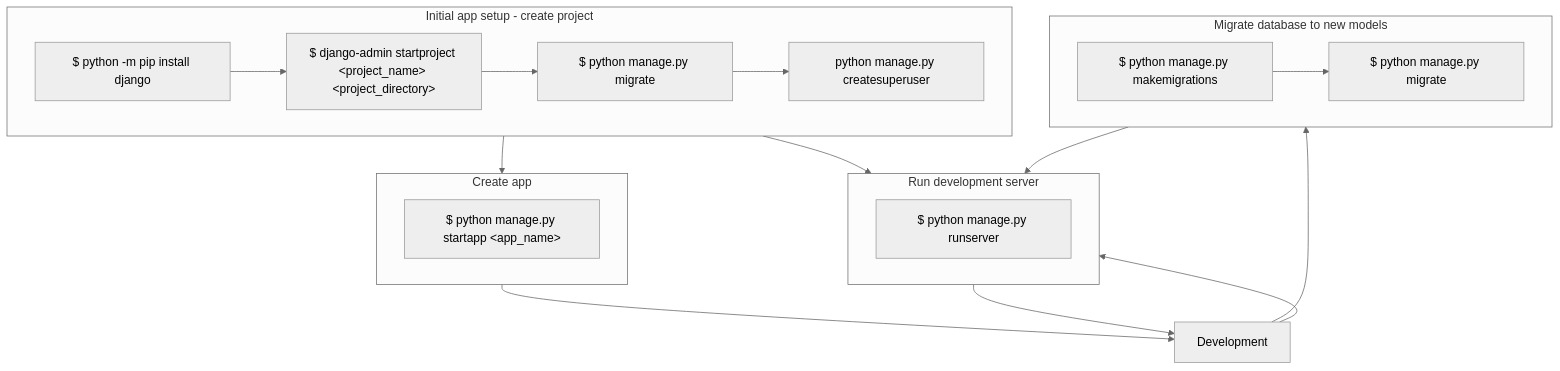
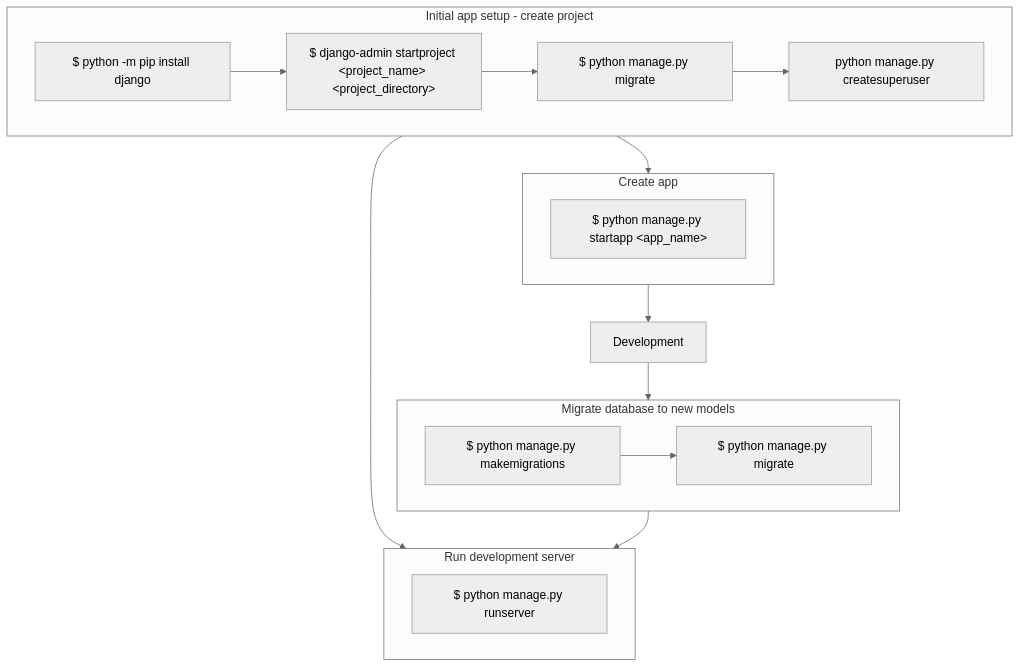
The second of 2 diagrams in README.md (LeskoIam/djangoTutorialProject), drawn with Mermaid (neutral theme) before and after one commit. The commit also changed other lines of this file and 1 other file, not shown here.

Commit message:
README.md update and ruff job name change.

````diff
--- a/README.md
+++ b/README.md
@@ -30,34 +30,31 @@
 ```mermaid
 flowchart TD
     subgraph init[Initial app setup - create project]
         s0[$ python -m pip install django]
         s1["$ django-admin startproject &lt;project_name&gt; &lt;project_directory&gt;"]
         s2[$ python manage.py migrate]
         su[python manage.py createsuperuser]
         s0 --> s1 --> s2 --> su
     end
     
     subgraph run[Run development server]
        ex[$ python manage.py runserver]
     end
     
     subgraph create_app[Create app]
         s3["$ python manage.py startapp &lt;app_name&gt;"]
     end
     
     subgraph migrate[Migrate database to new models]
         s4[$ python manage.py makemigrations]
         s5[$ python manage.py migrate]
         s4 --> s5
     end
     
     dev[Development]
     
     init --> run
     init --> create_app
     create_app --> dev
     dev --> migrate --> run
-    run --> dev
-    dev --> run
-    
 ```
````
